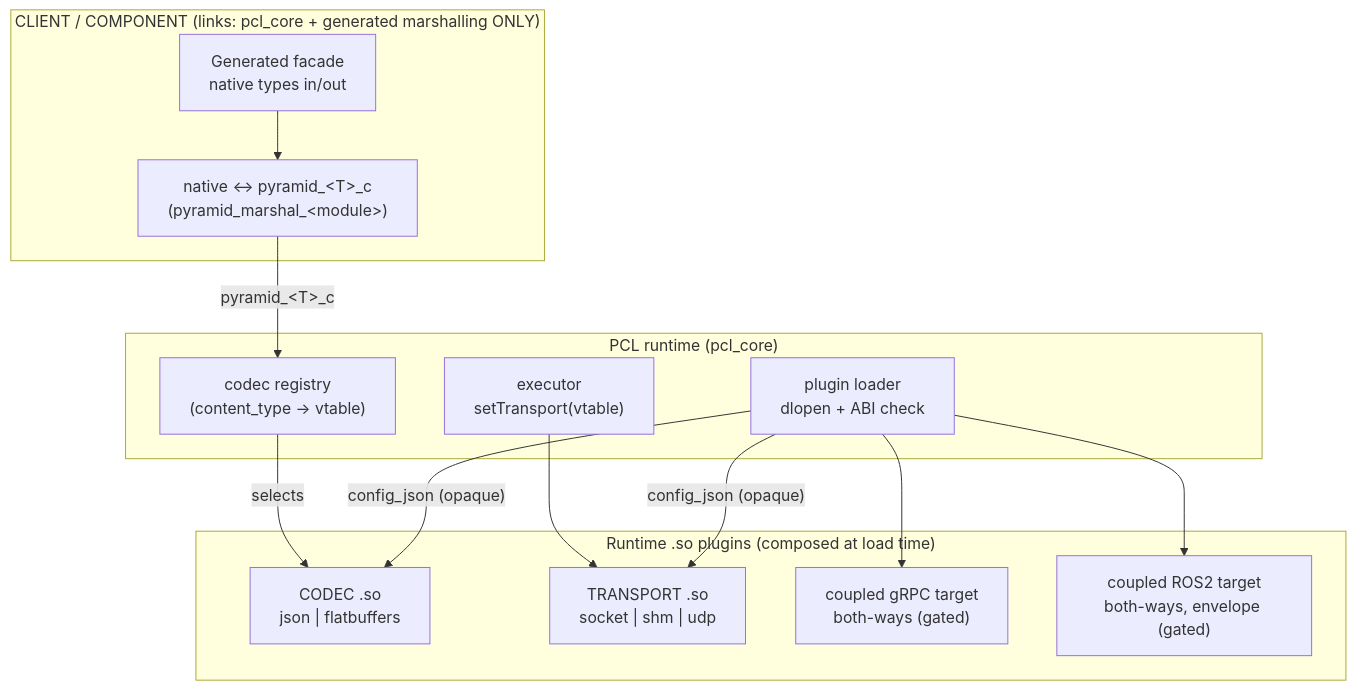
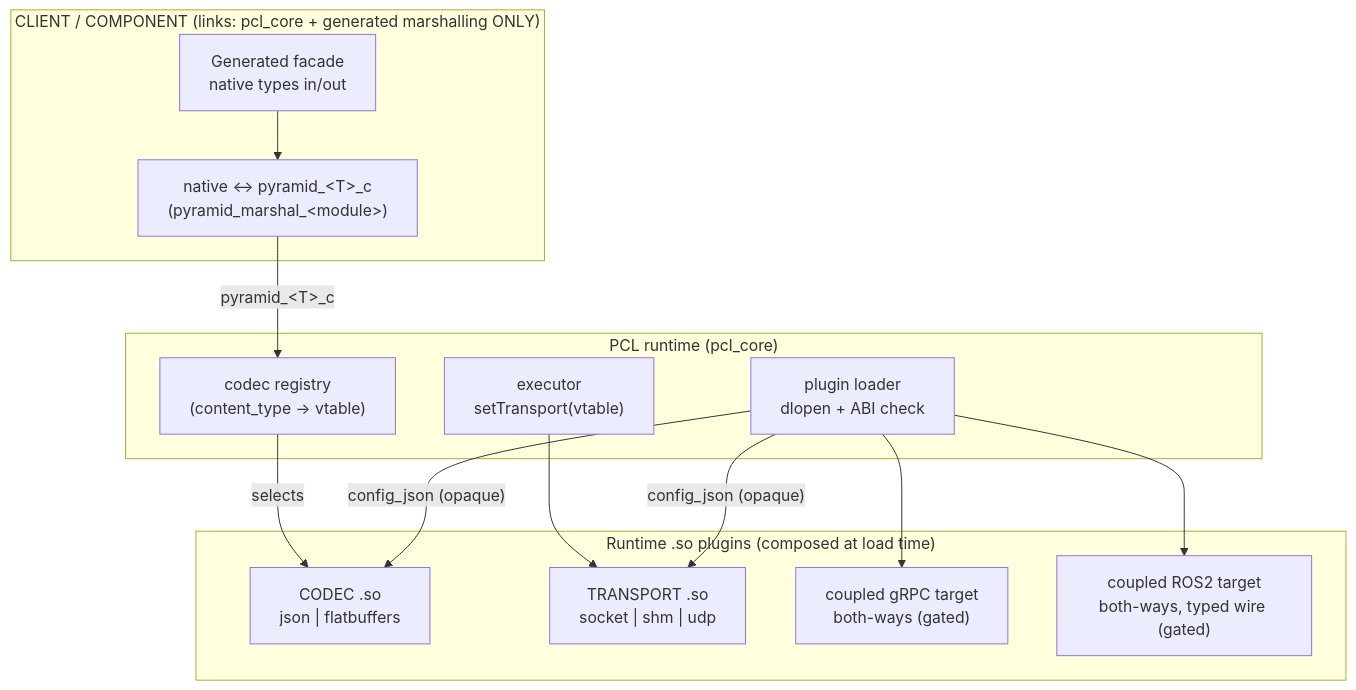
Before and after one commit to Ackoogin/mujin: the first of 4 diagrams in subprojects/PYRAMID/doc/architecture/transport_codec_plugin_system.md, drawn with Mermaid. The commit also changed other lines of this file and 23 other files, not shown here.

````diff
--- a/subprojects/PYRAMID/doc/architecture/transport_codec_plugin_system.md
+++ b/subprojects/PYRAMID/doc/architecture/transport_codec_plugin_system.md
@@ -32,29 +35,29 @@
 ```mermaid
 flowchart TB
   subgraph Client["CLIENT / COMPONENT  (links: pcl_core + generated marshalling ONLY)"]
     Facade["Generated facade<br/>native types in/out"]
     Marshal["native ↔ pyramid_&lt;T&gt;_c<br/>(pyramid_marshal_&lt;module&gt;)"]
     Facade --> Marshal
   end
 
   subgraph Registry["PCL runtime (pcl_core)"]
     CodecReg["codec registry<br/>(content_type → vtable)"]
     Exec["executor<br/>setTransport(vtable)"]
     Loader["plugin loader<br/>dlopen + ABI check"]
   end
 
   subgraph Plugins["Runtime .so plugins (composed at load time)"]
     CodecSO["CODEC .so<br/>json | flatbuffers"]
     TransSO["TRANSPORT .so<br/>socket | shm | udp"]
     Grpc["coupled gRPC target<br/>both-ways (gated)"]
-    Ros2["coupled ROS2 target<br/>both-ways, envelope (gated)"]
+    Ros2["coupled ROS2 target<br/>both-ways, typed wire (gated)"]
   end
 
   Marshal -- "pyramid_&lt;T&gt;_c" --> CodecReg
   CodecReg -- selects --> CodecSO
   Exec --> TransSO
   Loader -- "config_json (opaque)" --> CodecSO
   Loader -- "config_json (opaque)" --> TransSO
   Loader --> Grpc
   Loader --> Ros2
 ```
````
